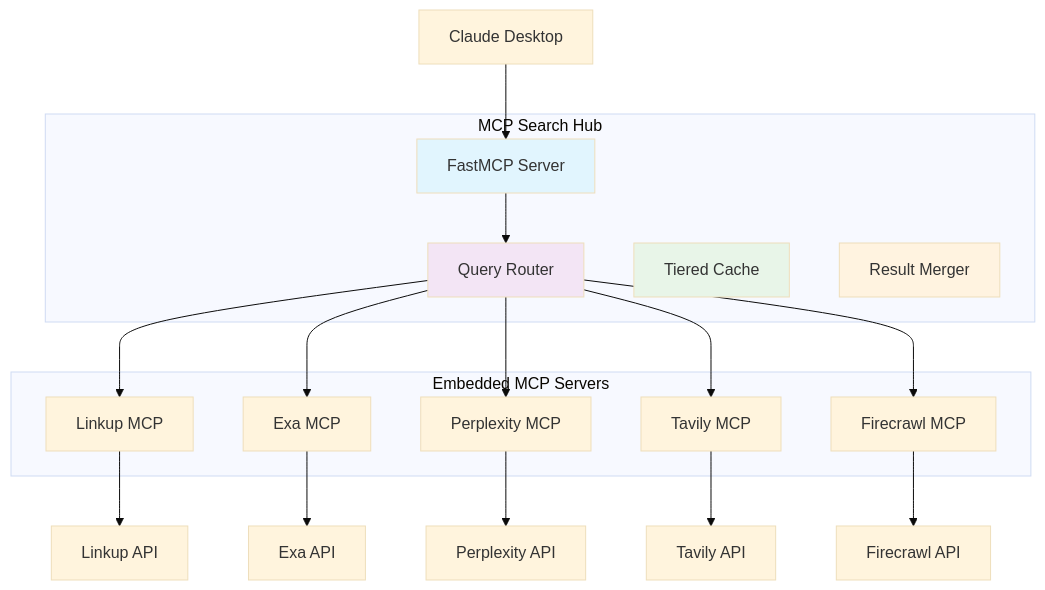
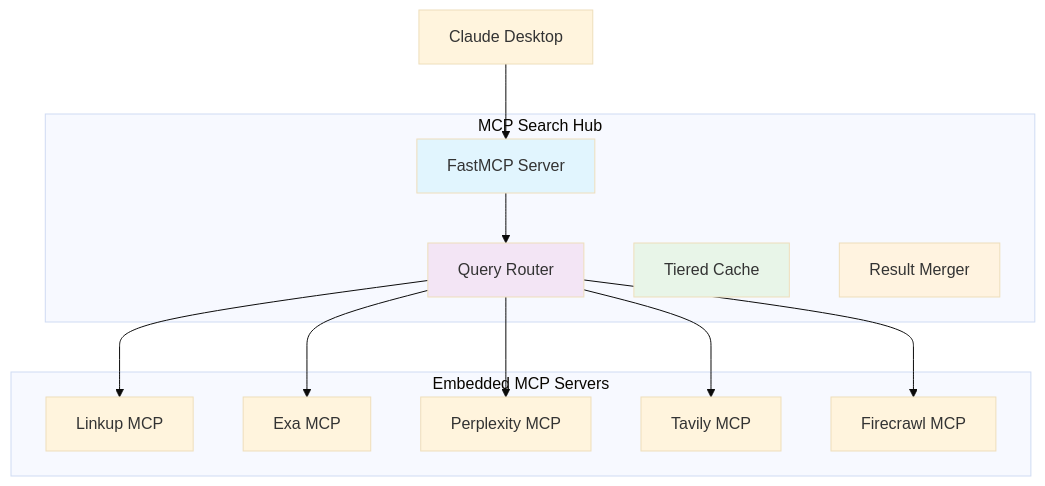
One commit to BjornMelin/mcp-search-hub changed the second of 2 diagrams in README.md. Above: the diagram before and after it, drawn with Mermaid (base theme). The commit also changed other lines of this file and 38 other files, not shown here.

````diff
--- a/README.md
+++ b/README.md
@@ -304,36 +156,30 @@
 ```mermaid
 graph TB
     subgraph "MCP Search Hub"
         Server[FastMCP Server]
         Router[Query Router]
         Cache[Tiered Cache]
         Merger[Result Merger]
     end
     
     subgraph "Embedded MCP Servers"
         LinkupMCP[Linkup MCP]
         ExaMCP[Exa MCP]
         PerplexityMCP[Perplexity MCP]
         TavilyMCP[Tavily MCP]
         FirecrawlMCP[Firecrawl MCP]
     end
     
     Client[Claude Desktop] --> Server
     Server --> Router
     Router --> LinkupMCP
     Router --> ExaMCP
     Router --> PerplexityMCP
     Router --> TavilyMCP
     Router --> FirecrawlMCP
     
-    LinkupMCP --> LinkupAPI[Linkup API]
-    ExaMCP --> ExaAPI[Exa API]
-    PerplexityMCP --> PerplexityAPI[Perplexity API]
-    TavilyMCP --> TavilyAPI[Tavily API]
-    FirecrawlMCP --> FirecrawlAPI[Firecrawl API]
-    
     style Server fill:#e1f5fe
     style Router fill:#f3e5f5
     style Cache fill:#e8f5e8
     style Merger fill:#fff3e0
 ```
````
